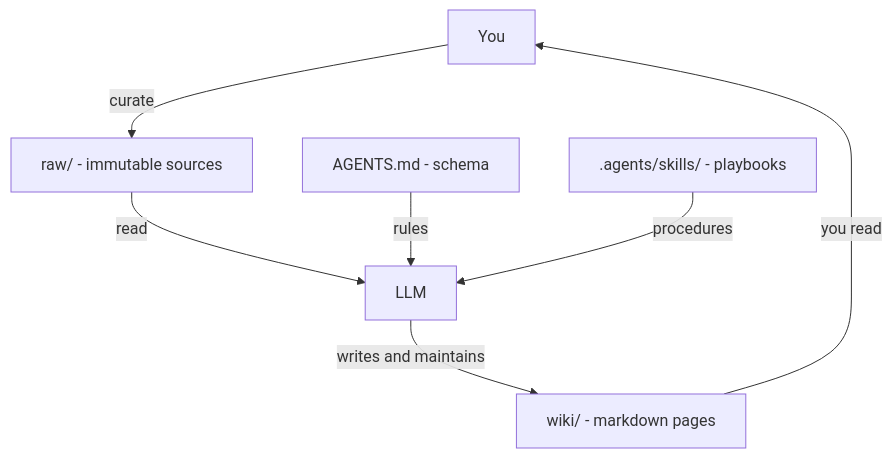
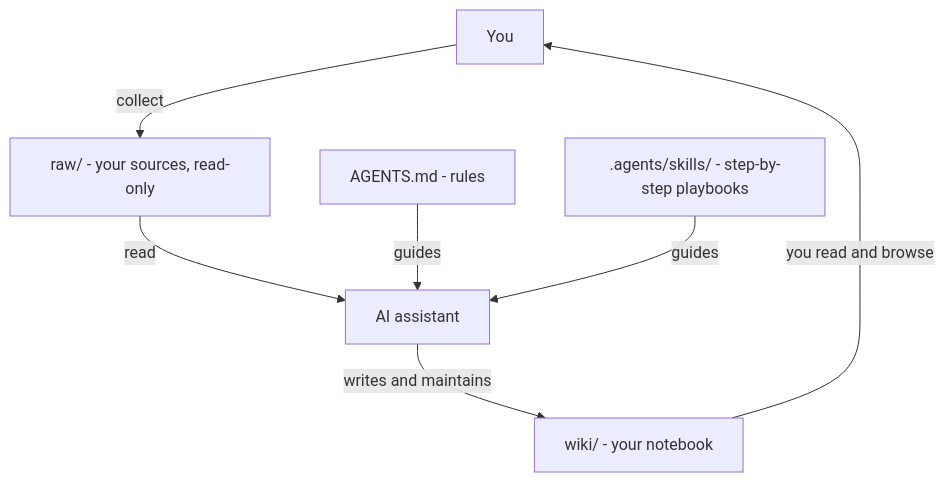
The second of 4 diagrams in README.md (jonyfs/llm-wiki-template), drawn with Mermaid before and after one commit. The commit also changed other lines of this file, not shown here.

````diff
--- a/README.md
+++ b/README.md
@@ -33,9 +35,9 @@
 ```mermaid
 flowchart TD
-    YOU[You] -->|curate| RAW[raw/ - immutable sources]
-    RAW -->|read| LLM[LLM]
-    SCHEMA[AGENTS.md - schema] -->|rules| LLM
-    SKILLS[.agents/skills/ - playbooks] -->|procedures| LLM
-    LLM -->|writes and maintains| WIKI[wiki/ - markdown pages]
-    WIKI -->|you read| YOU
+    YOU[You] -->|collect| RAW[raw/ - your sources, read-only]
+    RAW -->|read| AI[AI assistant]
+    RULES[AGENTS.md - rules] -->|guides| AI
+    SKILLS[.agents/skills/ - step-by-step playbooks] -->|guides| AI
+    AI -->|writes and maintains| WIKI[wiki/ - your notebook]
+    WIKI -->|you read and browse| YOU
 ```
````
